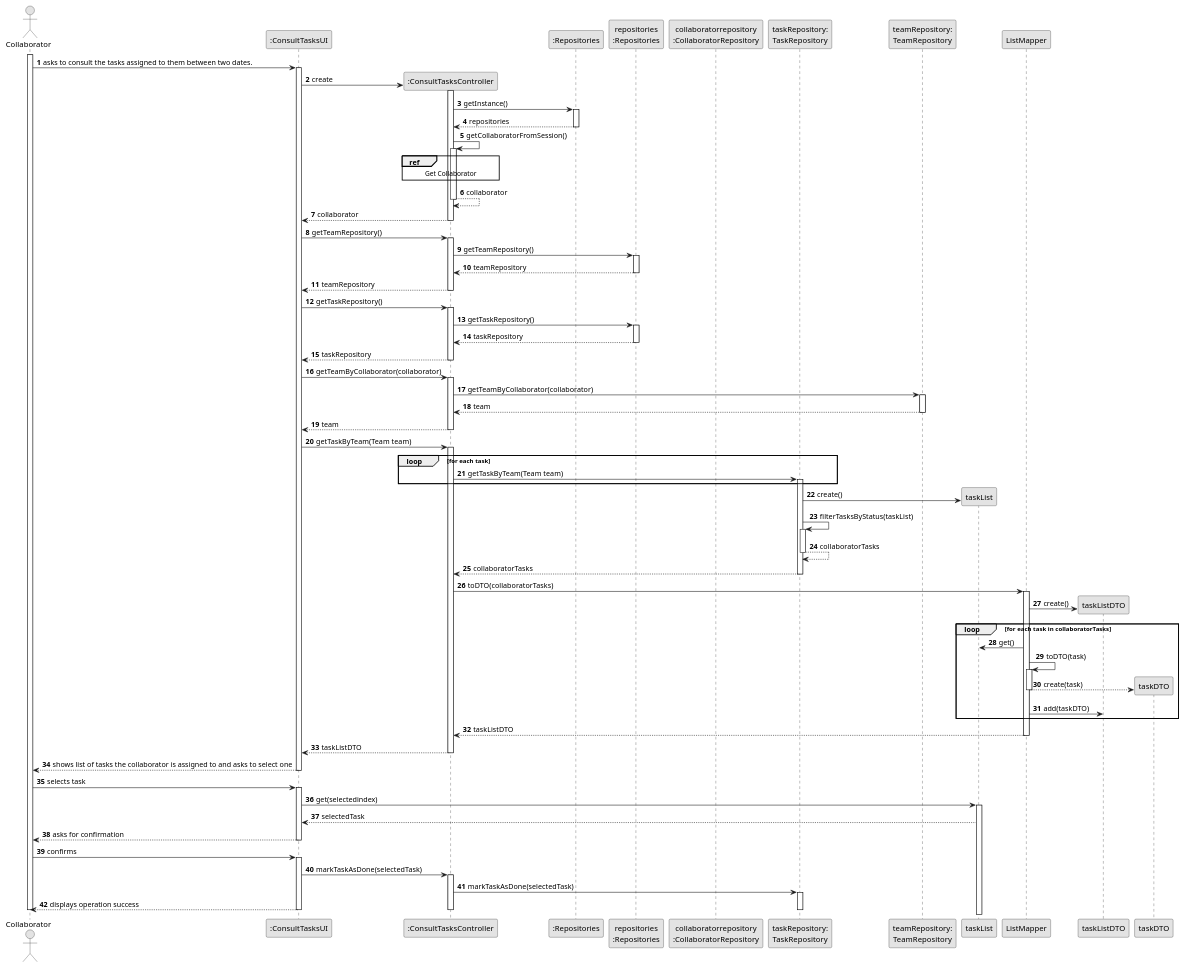
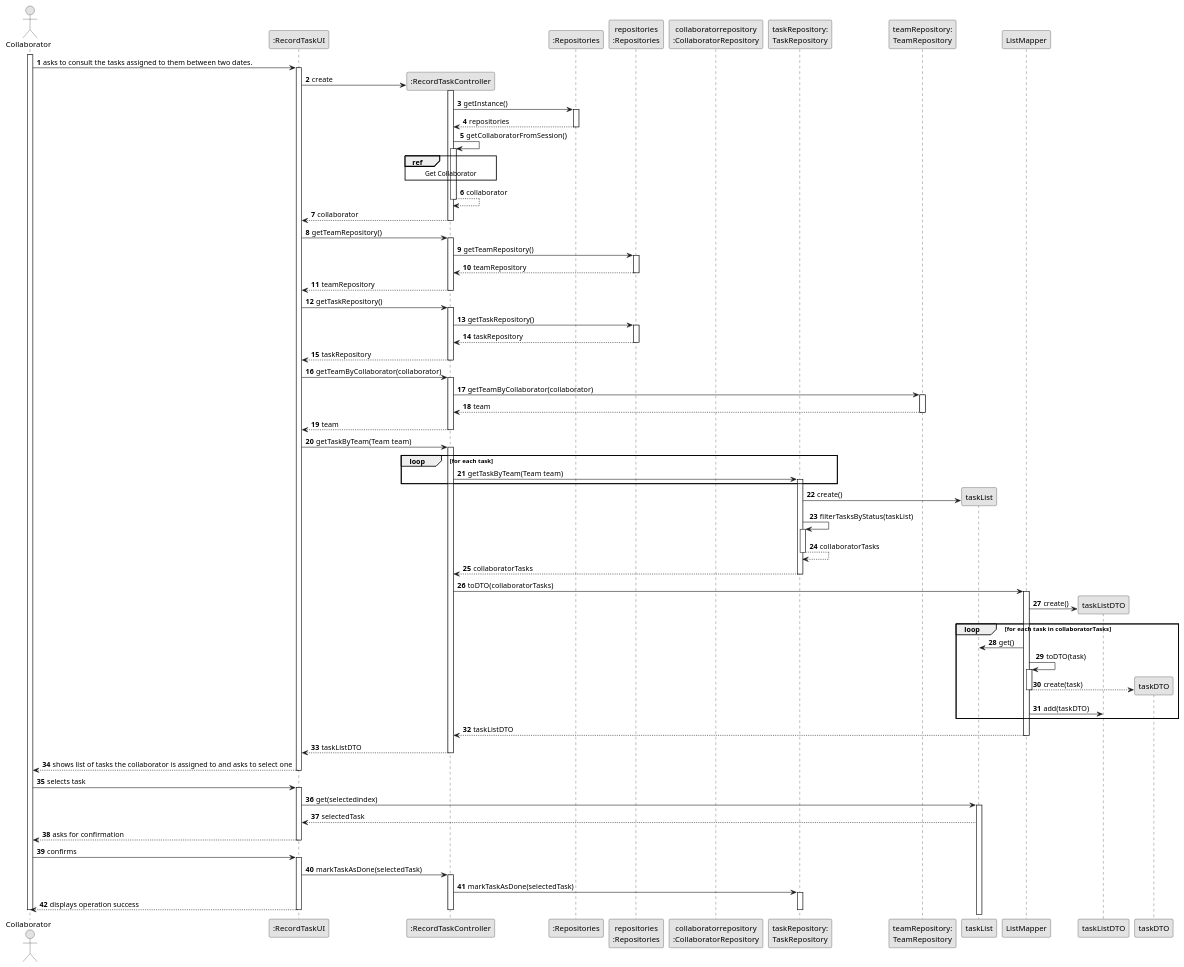
The diagram in docs/sprint3/us029/03.design/puml/us001-sequence-diagram-full.puml (tiagosoa/lei-24-s2-1dgh-g073), drawn with PlantUML before and after one commit. The commit also changed 15 other files, not shown here.

```diff
--- a/docs/sprint3/us029/03.design/puml/us001-sequence-diagram-full.puml
+++ b/docs/sprint3/us029/03.design/puml/us001-sequence-diagram-full.puml
@@ -1,169 +1,169 @@
 @startuml
 skinparam monochrome true
 skinparam packageStyle rectangle
 skinparam shadowing false
 
 autonumber
 
 'hide footbox
 actor "Collaborator" as ADM
-participant ":ConsultTasksUI" as UI
-participant ":ConsultTasksController" as CTRL
+participant ":RecordTaskUI" as UI
+participant ":RecordTaskController" as CTRL
 participant ":Repositories" as RepositorySingleton
 participant "repositories\n:Repositories" as PLAT
 participant "collaboratorrepository\n:CollaboratorRepository" as CR
 participant "taskRepository:\nTaskRepository" as TAR
 participant "teamRepository:\nTeamRepository" as TER
 participant "taskList" as TL
 participant "ListMapper" as LM
 participant "taskListDTO" as TLDTO
 participant "taskDTO" as TDTO
 
 
 activate ADM
 
         ADM -> UI : asks to consult the tasks assigned to them between two dates.
 
         activate UI
 
 '            UI --> ADM : requests data (reference, description,  informal \n description, technical description, duration, cost)
             'create CTRL
             UI -> CTRL** : create
             activate CTRL
 
                                   CTRL -> RepositorySingleton : getInstance()
                                                     activate RepositorySingleton
 
                                                         RepositorySingleton --> CTRL: repositories
                                                     deactivate RepositorySingleton
 
                                                      CTRL -> CTRL : getCollaboratorFromSession()
                                                      activate CTRL
 
                                                      ref over CTRL
                                                      Get Collaborator
                                                      end
 
                                                          CTRL --> CTRL : collaborator
                                                      deactivate CTRL
 
                                                      CTRL --> UI : collaborator
                                                      deactivate CTRL
 
             UI -> CTRL : getTeamRepository()
             activate CTRL
 
                 CTRL -> PLAT : getTeamRepository()
                 activate PLAT
 
            PLAT --> CTRL : teamRepository
            deactivate PLAT
 
            CTRL --> UI : teamRepository
            deactivate CTRL
 
                        UI -> CTRL : getTaskRepository()
                        activate CTRL
 
                            CTRL -> PLAT : getTaskRepository()
                            activate PLAT
 
                       PLAT --> CTRL : taskRepository
                       deactivate PLAT
 
                       CTRL --> UI : taskRepository
                       deactivate CTRL
 
                     UI -> CTRL : getTeamByCollaborator(collaborator)
                     activate CTRL
 
                         CTRL -> TER : getTeamByCollaborator(collaborator)
                         activate TER
 
                    TER --> CTRL : team
                    deactivate TER
 
                    CTRL --> UI : team
                    deactivate CTRL
             UI -> CTRL: getTaskByTeam(Team team)
             activate CTRL
 
             loop for each task
                 CTRL -> TAR : getTaskByTeam(Team team)
                 activate TAR
             end
 
 
             TAR -> TL**: create()
 
 
            TAR -> TAR: filterTasksByStatus(taskList)
            activate TAR
 
            TAR --> TAR: collaboratorTasks
            deactivate TAR
 
             TAR --> CTRL: collaboratorTasks
             deactivate TAR
 
             CTRL -> LM: toDTO(collaboratorTasks)
             activate LM
 
             LM -> TLDTO**: create()
 
             loop for each task in collaboratorTasks
 
             LM -> TL: get()
 
             LM -> LM: toDTO(task)
             activate LM
 
             LM --> TDTO**: create(task)
             deactivate LM
 
             LM -> TLDTO: add(taskDTO)
             end
 
                             LM --> CTRL : taskListDTO
 
                         deactivate LM
 
                         CTRL --> UI : taskListDTO
                         deactivate CTRL
         UI --> ADM: shows list of tasks the collaborator is assigned to and asks to select one
         deactivate UI
 
         ADM -> UI: selects task
         activate UI
 
         UI -> TL: get(selectedindex)
         activate TL
 
         TL --> UI: selectedTask
 
                 UI --> ADM: asks for confirmation
                 deactivate UI
 
                 ADM -> UI: confirms
                 activate UI
 
 
 
 
 
 
         UI -> CTRL : markTaskAsDone(selectedTask)
         activate CTRL
 
         CTRL -> TAR : markTaskAsDone(selectedTask)
         activate TAR
 
 
             UI --> ADM: displays operation success
             deactivate CTRL
             deactivate TAR
     deactivate UI
 
 deactivate ADM
 
 @enduml
```
